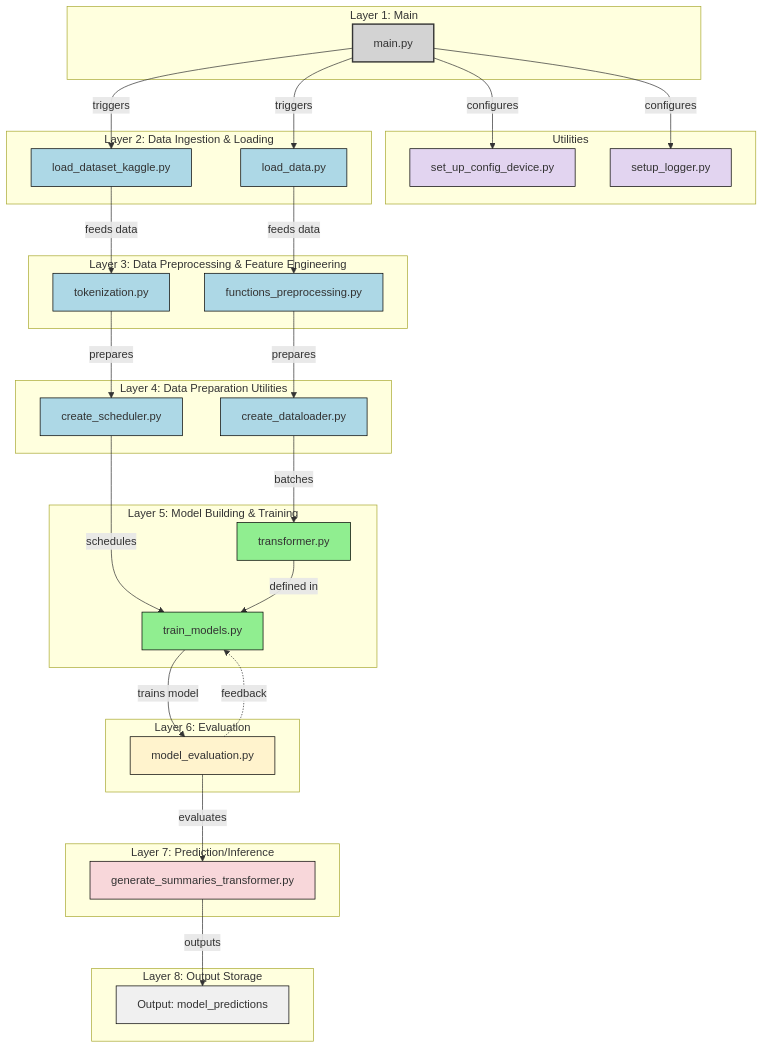
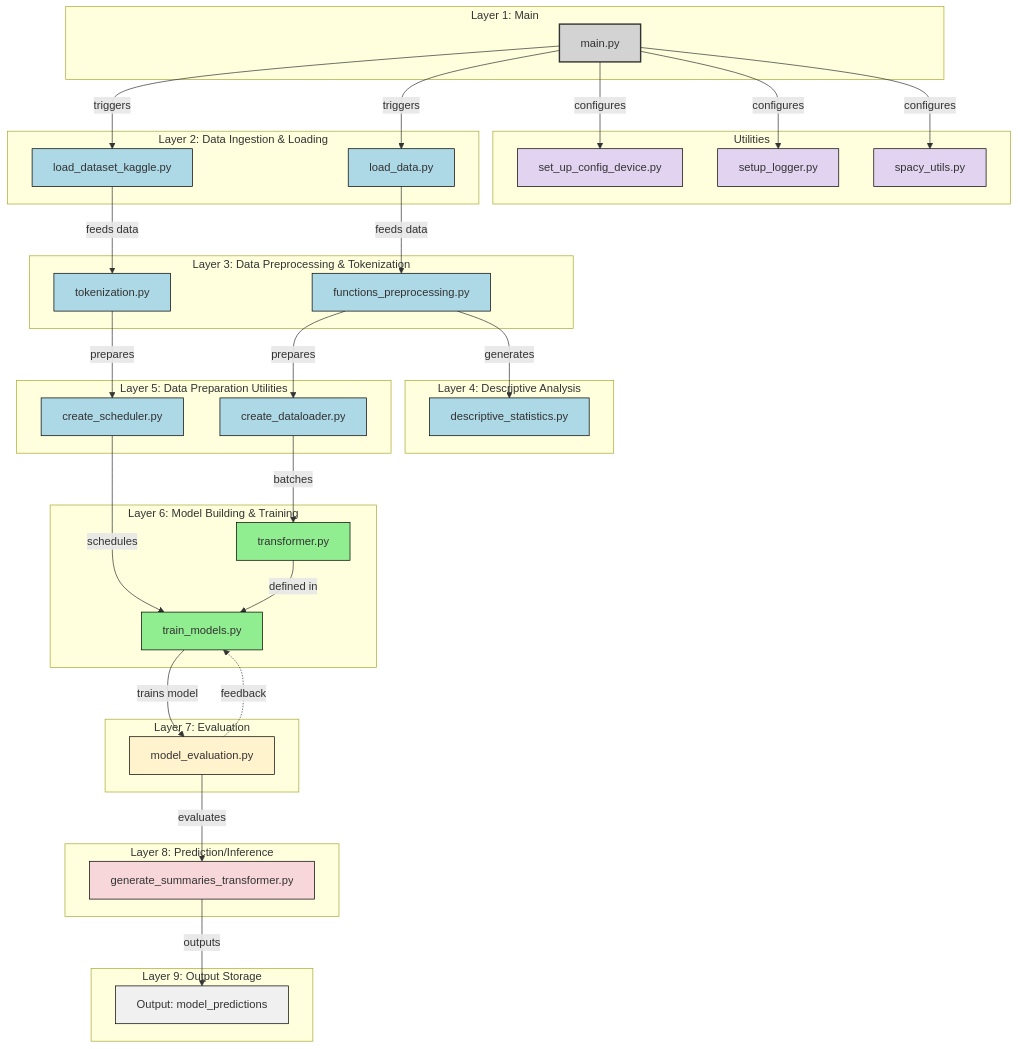
One commit to pafruchtenreich/ml-project-transformers-mlops changed the diagram in README.md. Above: the diagram before and after it, drawn with Mermaid.

Commit message:
update mermaid

```diff
--- a/README.md
+++ b/README.md
@@ -60,6 +60,7 @@
     subgraph "Utilities"
         L["set_up_config_device.py"]:::utility
         M["setup_logger.py"]:::utility
+        X["spacy_utils.py"]:::utility
     end
 
     subgraph "Layer 2: Data Ingestion & Loading"
@@ -67,30 +68,34 @@
         C["load_dataset_kaggle.py"]:::data
     end
 
-    subgraph "Layer 3: Data Preprocessing & Feature Engineering"
+    subgraph "Layer 3: Data Preprocessing & Tokenization"
         D["functions_preprocessing.py"]:::data
         E["tokenization.py"]:::data
     end
 
-    subgraph "Layer 4: Data Preparation Utilities"
+    subgraph "Layer 4: Descriptive Analysis"
+        Y["descriptive_statistics.py"]:::data
+    end
+
+    subgraph "Layer 5: Data Preparation Utilities"
         F["create_dataloader.py"]:::data
         G["create_scheduler.py"]:::data
     end
 
-    subgraph "Layer 5: Model Building & Training"
+    subgraph "Layer 6: Model Building & Training"
         H["transformer.py"]:::model
         I["train_models.py"]:::model
     end
 
-    subgraph "Layer 6: Evaluation"
+    subgraph "Layer 7: Evaluation"
         J["model_evaluation.py"]:::evaluation
     end
 
-    subgraph "Layer 7: Prediction/Inference"
+    subgraph "Layer 8: Prediction/Inference"
         K["generate_summaries_transformer.py"]:::prediction
     end
 
-    subgraph "Layer 8: Output Storage"
+    subgraph "Layer 9: Output Storage"
         N["Output: model_predictions"]:::output
     end
 
@@ -99,6 +104,7 @@
     A -->|"triggers"| C
     A -->|"configures"| L
     A -->|"configures"| M
+    A -->|"configures"| X
     B -->|"feeds data"| D
     C -->|"feeds data"| E
     D -->|"prepares"| F
@@ -110,22 +116,7 @@
     J -->|"evaluates"| K
     K -->|"outputs"| N
     J -.->|"feedback"| I
-
-    %% Click Events
-    click A "https://github.com/pafruchtenreich/ml-project-transformers-mlops/blob/master/main.py"
-    click B "https://github.com/pafruchtenreich/ml-project-transformers-mlops/blob/master/src/load_data/load_data.py"
-    click C "https://github.com/pafruchtenreich/ml-project-transformers-mlops/blob/master/src/load_data/load_dataset_kaggle.py"
-    click D "https://github.com/pafruchtenreich/ml-project-transformers-mlops/blob/master/src/features/functions_preprocessing.py"
-    click E "https://github.com/pafruchtenreich/ml-project-transformers-mlops/blob/master/src/features/tokenization.py"
-    click F "https://github.com/pafruchtenreich/ml-project-transformers-mlops/blob/master/src/create_dataloader.py"
-    click G "https://github.com/pafruchtenreich/ml-project-transformers-mlops/blob/master/src/create_scheduler.py"
-    click H "https://github.com/pafruchtenreich/ml-project-transformers-mlops/blob/master/src/models/transformer.py"
-    click I "https://github.com/pafruchtenreich/ml-project-transformers-mlops/blob/master/src/models/train_models.py"
-    click J "https://github.com/pafruchtenreich/ml-project-transformers-mlops/blob/master/src/evaluation/model_evaluation.py"
-    click K "https://github.com/pafruchtenreich/ml-project-transformers-mlops/blob/master/src/prediction/generate_summaries_transformer.py"
-    click L "https://github.com/pafruchtenreich/ml-project-transformers-mlops/blob/master/src/set_up_config_device.py"
-    click M "https://github.com/pafruchtenreich/ml-project-transformers-mlops/blob/master/src/setup_logger.py"
-    click N "https://github.com/pafruchtenreich/ml-project-transformers-mlops/tree/master/output/model_predictions"
+    D -->|"generates"| Y
 
     %% Styles
     classDef main fill:#d3d3d3,stroke:#333,stroke-width:2px;
```
